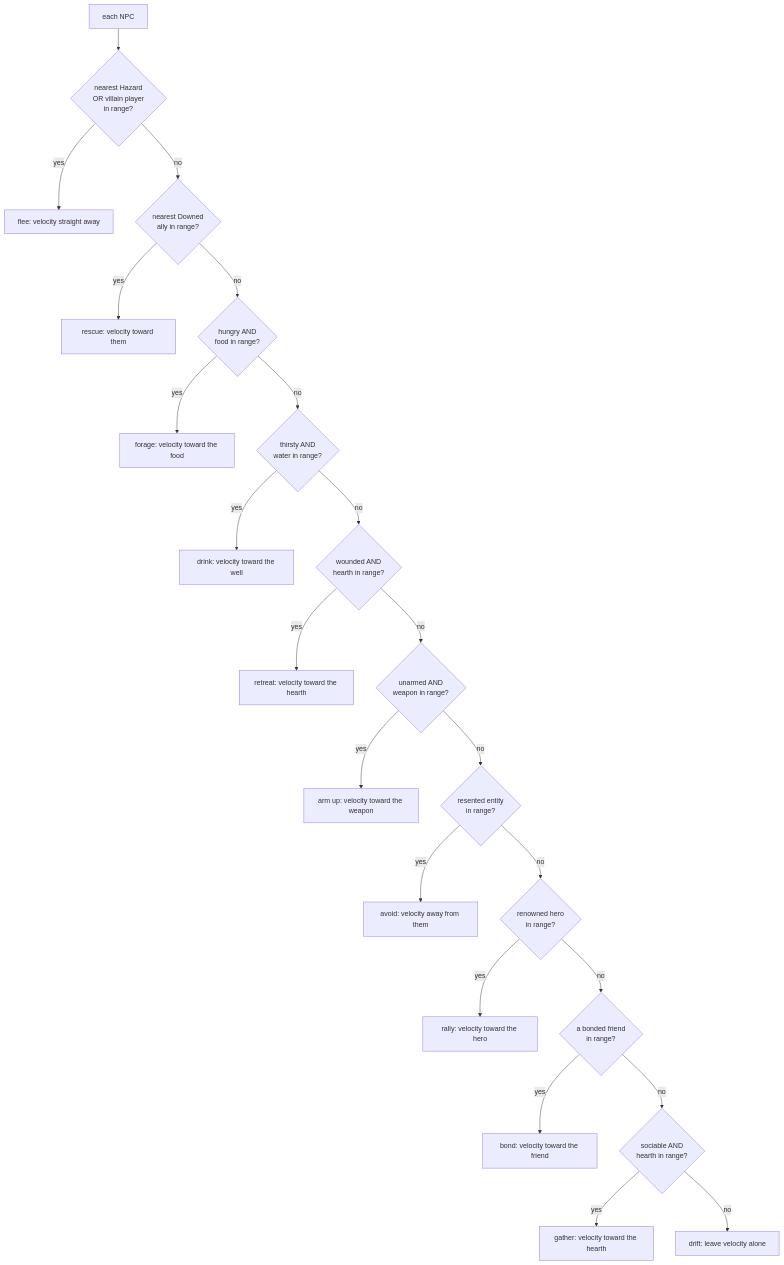
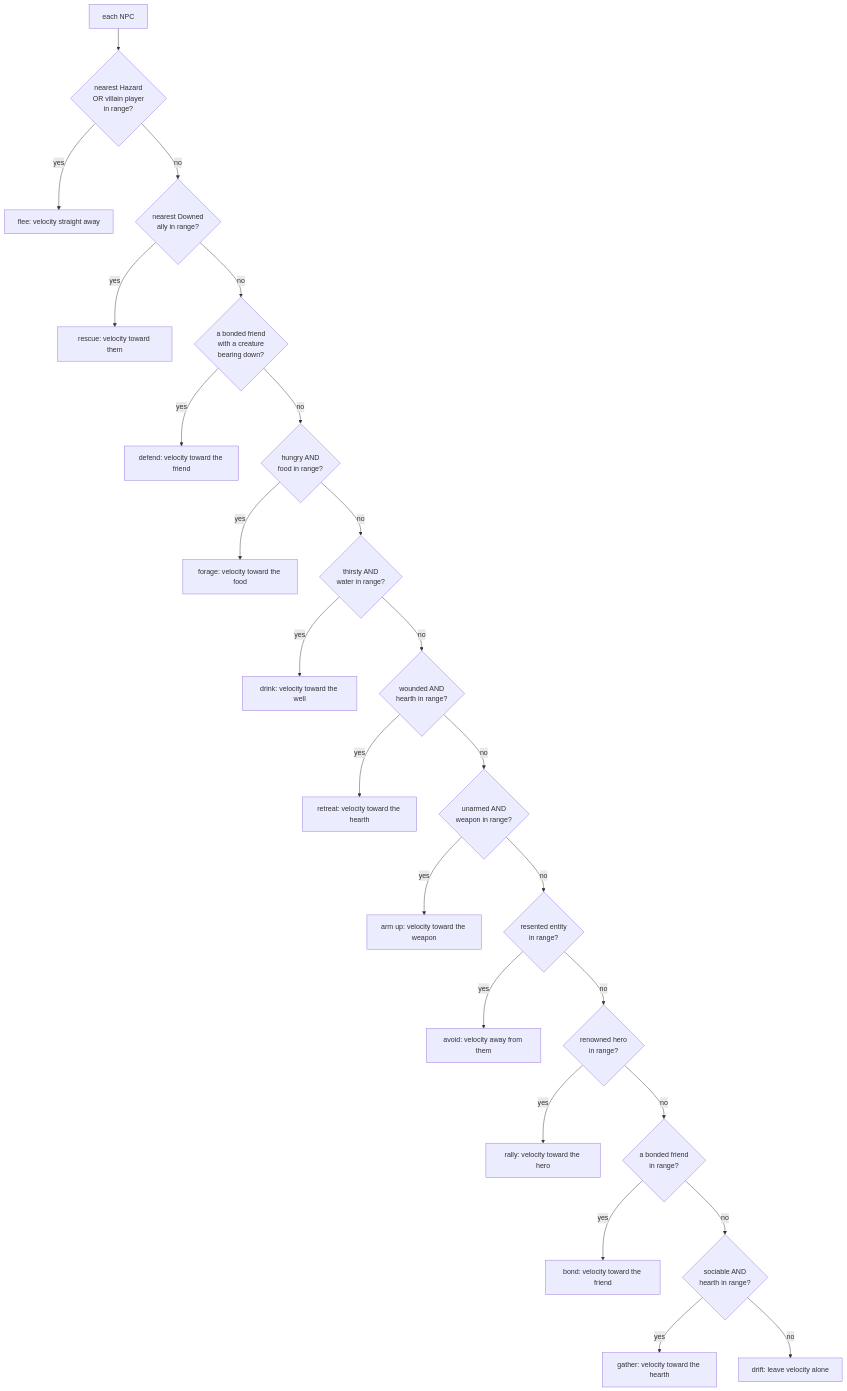
The diagram in docs/engine/npc-behaviour.md (IsItJeff/game-engine), drawn with Mermaid before and after one commit. The commit also changed other lines of this file and 3 other files, not shown here.

````diff
--- a/docs/engine/npc-behaviour.md
+++ b/docs/engine/npc-behaviour.md
@@ -43,24 +43,26 @@
 ```mermaid
 flowchart TD
   npc[each NPC] --> haz{nearest Hazard<br/>OR villain player<br/>in range?}
   haz -->|yes| flee[flee: velocity straight away]
   haz -->|no| dwn{nearest Downed<br/>ally in range?}
   dwn -->|yes| rescue[rescue: velocity toward them]
-  dwn -->|no| hun{hungry AND<br/>food in range?}
+  dwn -->|no| def{a bonded friend<br/>with a creature<br/>bearing down?}
+  def -->|yes| defend[defend: velocity toward the friend]
+  def -->|no| hun{hungry AND<br/>food in range?}
   hun -->|yes| forage[forage: velocity toward the food]
   hun -->|no| thi{thirsty AND<br/>water in range?}
   thi -->|yes| drink[drink: velocity toward the well]
   thi -->|no| wnd{wounded AND<br/>hearth in range?}
   wnd -->|yes| mend[retreat: velocity toward the hearth]
   wnd -->|no| arm{unarmed AND<br/>weapon in range?}
   arm -->|yes| seek[arm up: velocity toward the weapon]
   arm -->|no| avoid{resented entity<br/>in range?}
   avoid -->|yes| back[avoid: velocity away from them]
   avoid -->|no| rally{renowned hero<br/>in range?}
   rally -->|yes| gather[rally: velocity toward the hero]
   rally -->|no| bond{a bonded friend<br/>in range?}
   bond -->|yes| gathb[bond: velocity toward the friend]
   bond -->|no| fire{sociable AND<br/>hearth in range?}
   fire -->|yes| gathf[gather: velocity toward the hearth]
   fire -->|no| drift[drift: leave velocity alone]
 ```
````
